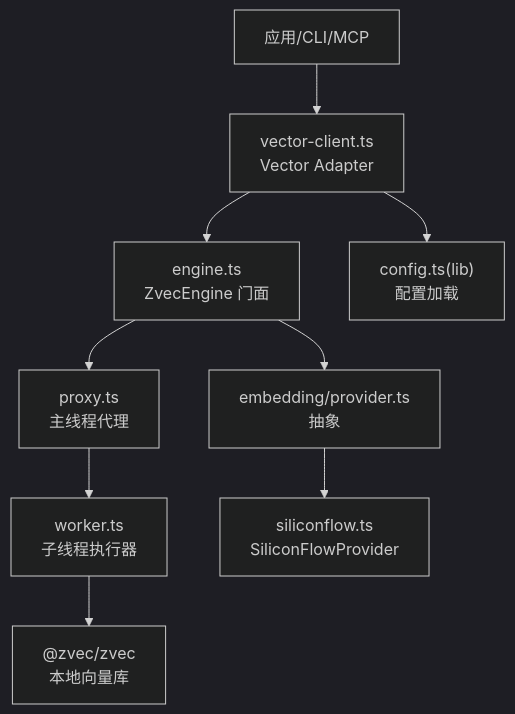
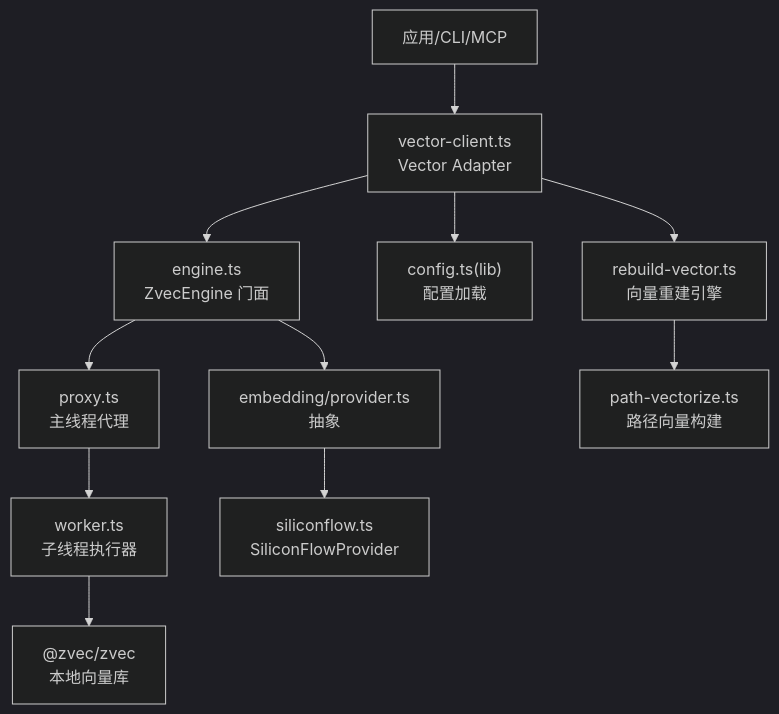
One commit to HACK-WU/kisearch changed the first of 6 diagrams in .qoder/repowiki/zh/content/项目概述/架构总览/数据流处理/向量化处理/向量化处理.md. Above: the diagram before and after it, drawn with Mermaid (dark theme). The commit also changed other lines of this file and 303 other files, not shown here.

````diff
--- a/.qoder/repowiki/zh/content/项目概述/架构总览/数据流处理/向量化处理/向量化处理.md
+++ b/.qoder/repowiki/zh/content/项目概述/架构总览/数据流处理/向量化处理/向量化处理.md
@@ -37,11 +49,13 @@
 ```mermaid
 graph TB
 A["应用/CLI/MCP"] --> B["vector-client.ts<br/>Vector Adapter"]
 B --> C["engine.ts<br/>ZvecEngine 门面"]
 C --> D["proxy.ts<br/>主线程代理"]
 D --> E["worker.ts<br/>子线程执行器"]
 E --> F["@zvec/zvec<br/>本地向量库"]
 C --> G["embedding/provider.ts<br/>抽象"]
 G --> H["siliconflow.ts<br/>SiliconFlowProvider"]
 B --> I["config.ts(lib)<br/>配置加载"]
+B --> J["rebuild-vector.ts<br/>向量重建引擎"]
+J --> K["path-vectorize.ts<br/>路径向量构建"]
 ```
````
